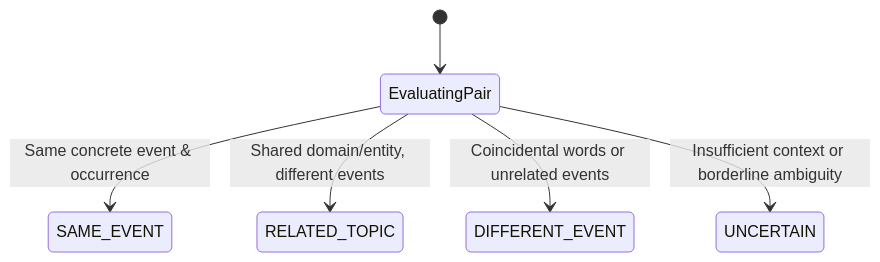
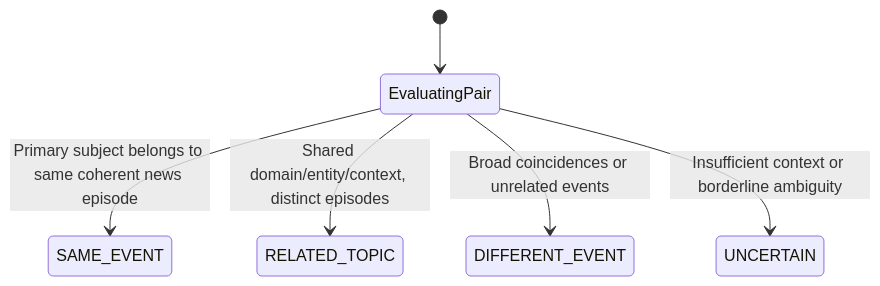
Before and after one commit to jfsdias/NewsFlux: the diagram in docs/research/STORY01B_CORPUS_AND_LABEL_CONTRACT.md, drawn with Mermaid. The commit also changed other lines of this file and 1 other file, not shown here.

````diff
--- a/docs/research/STORY01B_CORPUS_AND_LABEL_CONTRACT.md
+++ b/docs/research/STORY01B_CORPUS_AND_LABEL_CONTRACT.md
@@ -150,8 +152,8 @@
 ```mermaid
 stateDiagram-v2
     [*] --> EvaluatingPair
-    EvaluatingPair --> SAME_EVENT: Same concrete event & occurrence
-    EvaluatingPair --> RELATED_TOPIC: Shared domain/entity, different events
-    EvaluatingPair --> DIFFERENT_EVENT: Coincidental words or unrelated events
+    EvaluatingPair --> SAME_EVENT: Primary subject belongs to same coherent news episode
+    EvaluatingPair --> RELATED_TOPIC: Shared domain/entity/context, distinct episodes
+    EvaluatingPair --> DIFFERENT_EVENT: Broad coincidences or unrelated events
     EvaluatingPair --> UNCERTAIN: Insufficient context or borderline ambiguity
 ```
````
